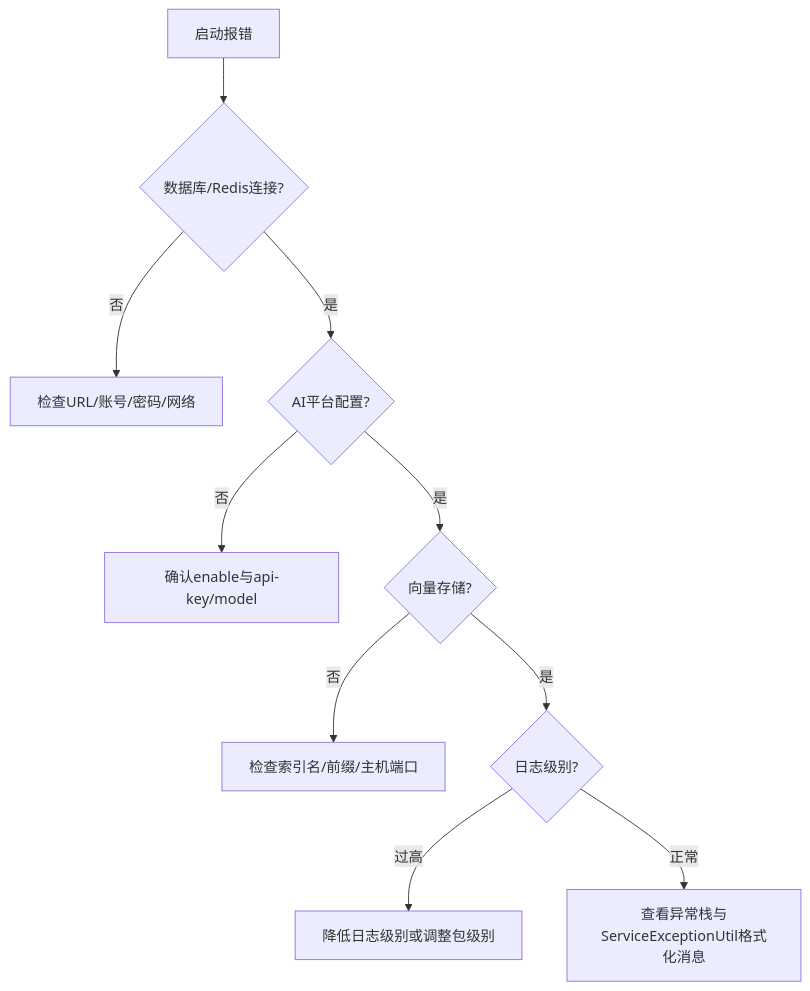
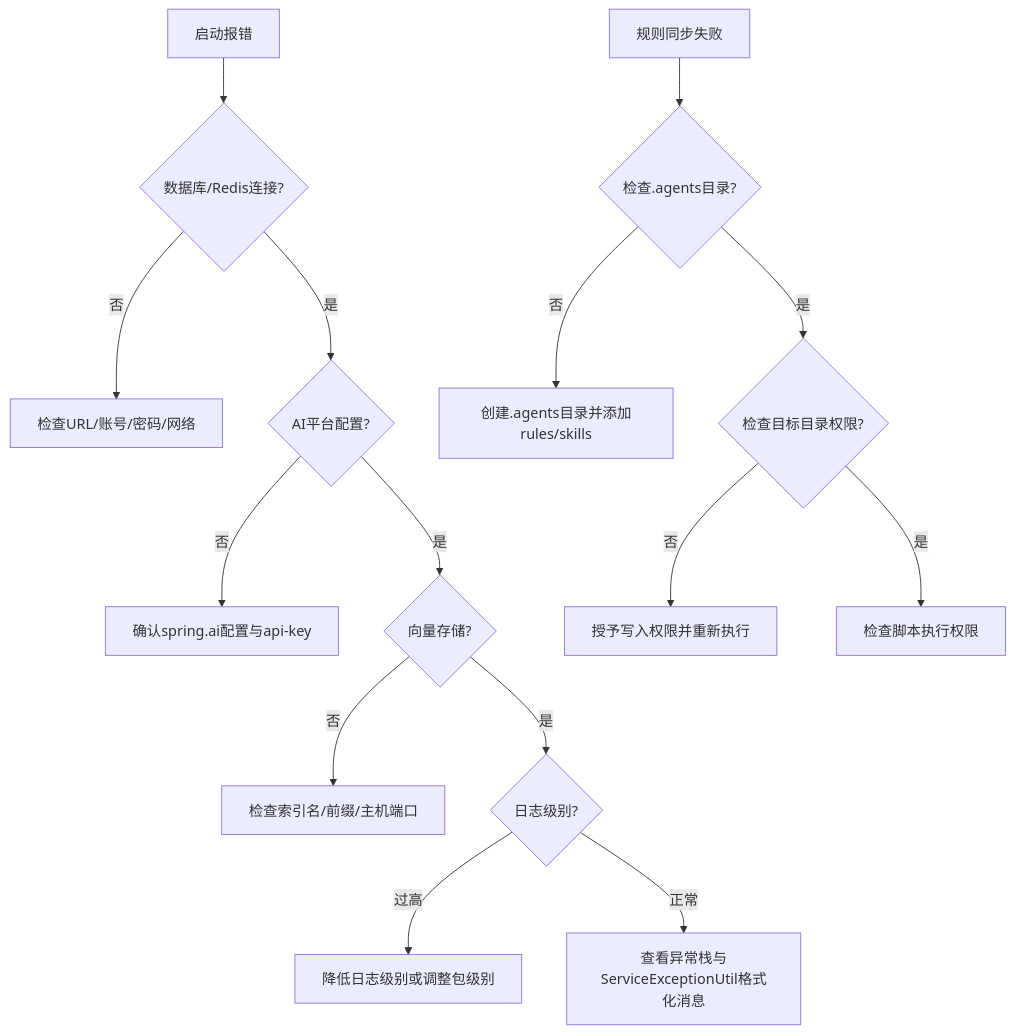
The fifth of 5 diagrams in .qoder/repowiki/zh/content/配置指南.md (X555LB/data-ai), drawn with Mermaid before and after one commit. The commit also changed other lines of this file and 24 other files, not shown here.

````diff
--- a/.qoder/repowiki/zh/content/配置指南.md
+++ b/.qoder/repowiki/zh/content/配置指南.md
@@ -352,12 +352,17 @@
 ```mermaid
 flowchart TD
 A["启动报错"] --> B{"数据库/Redis连接?"}
 B --> |否| C["检查URL/账号/密码/网络"]
 B --> |是| D{"AI平台配置?"}
-D --> |否| E["确认enable与api-key/model"]
+D --> |否| E["确认spring.ai配置与api-key"]
 D --> |是| F{"向量存储?"}
 F --> |否| G["检查索引名/前缀/主机端口"]
 F --> |是| H{"日志级别?"}
 H --> |过高| I["降低日志级别或调整包级别"]
 H --> |正常| J["查看异常栈与ServiceExceptionUtil格式化消息"]
+K["规则同步失败"] --> L{"检查.agents目录?"}
+L --> |否| M["创建.agents目录并添加rules/skills"]
+L --> |是| N{"检查目标目录权限?"}
+N --> |否| O["授予写入权限并重新执行"]
+N --> |是| P["检查脚本执行权限"]
 ```
````
